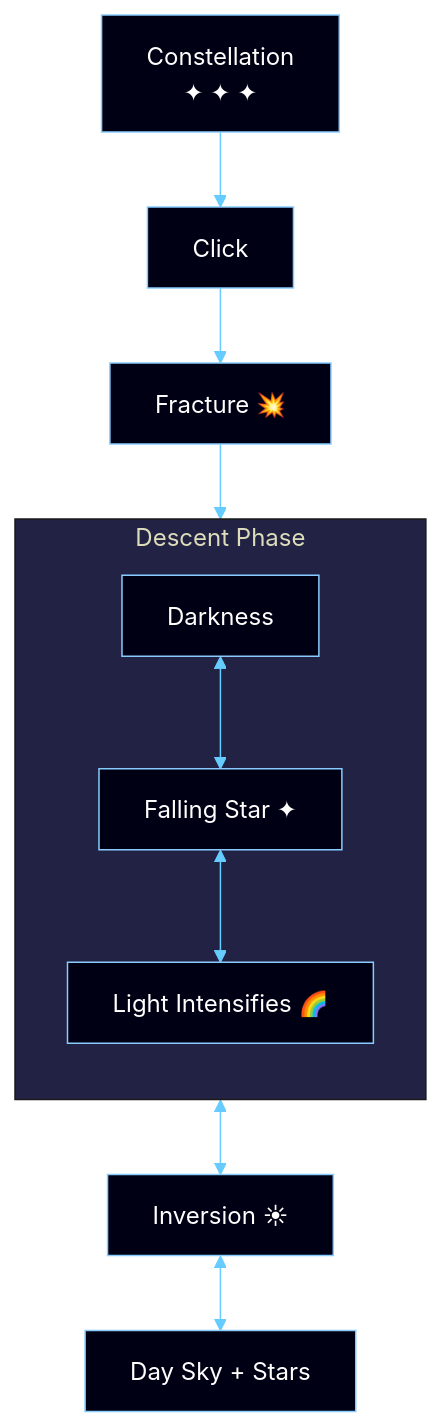
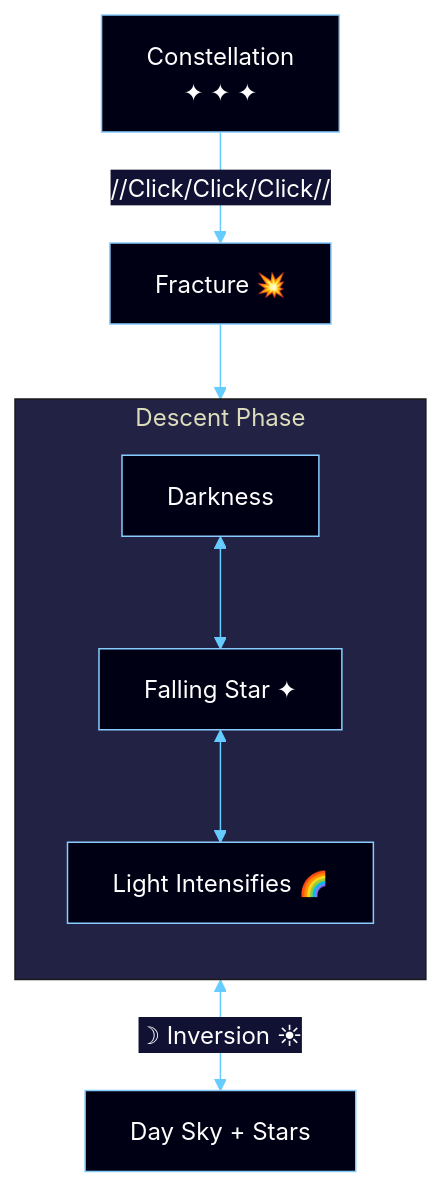
One commit to Yanagisawa-Noriko/constellation-fall changed the diagram in README.md. Above: the diagram before and after it, drawn with Mermaid.

Commit message:
Refactor flowchart connections in README

````diff
--- a/README.md
+++ b/README.md
@@ -1,31 +1,29 @@
 ```mermaid
 %%{
   init:{
     'theme':'base',
     'themeVariables': {
       'primaryColor': '#000014',
       'primaryTextColor': '#ffffff',
       'primaryBorderColor': '#88ccff',
       'lineColor': '#66ccff',
       'secondaryColor': '#111133',
       'tertiaryColor': '#222244'
     }
   }
 }%%
 flowchart TD
 
-A["Constellation<br>✦ ✦ ✦"] --> B["Click"]
-B --> C["Fracture 💥"]
+A["Constellation<br>✦ ✦ ✦"] -- //Click/Click/Click// --> C["Fracture 💥"]
 
 subgraph descent["Descent Phase"]
 direction TB
 D["Darkness"]
 E["Falling Star ✦"]
 F["Light Intensifies 🌈"]
 D <--> E <--> F
 end
 
 C --> D
-F <--> G["Inversion ☀"]
-G <--> H["Day Sky + Stars"]
+F <-- ☽ Inversion ☀ --> H["Day Sky + Stars"]
 ```
````
